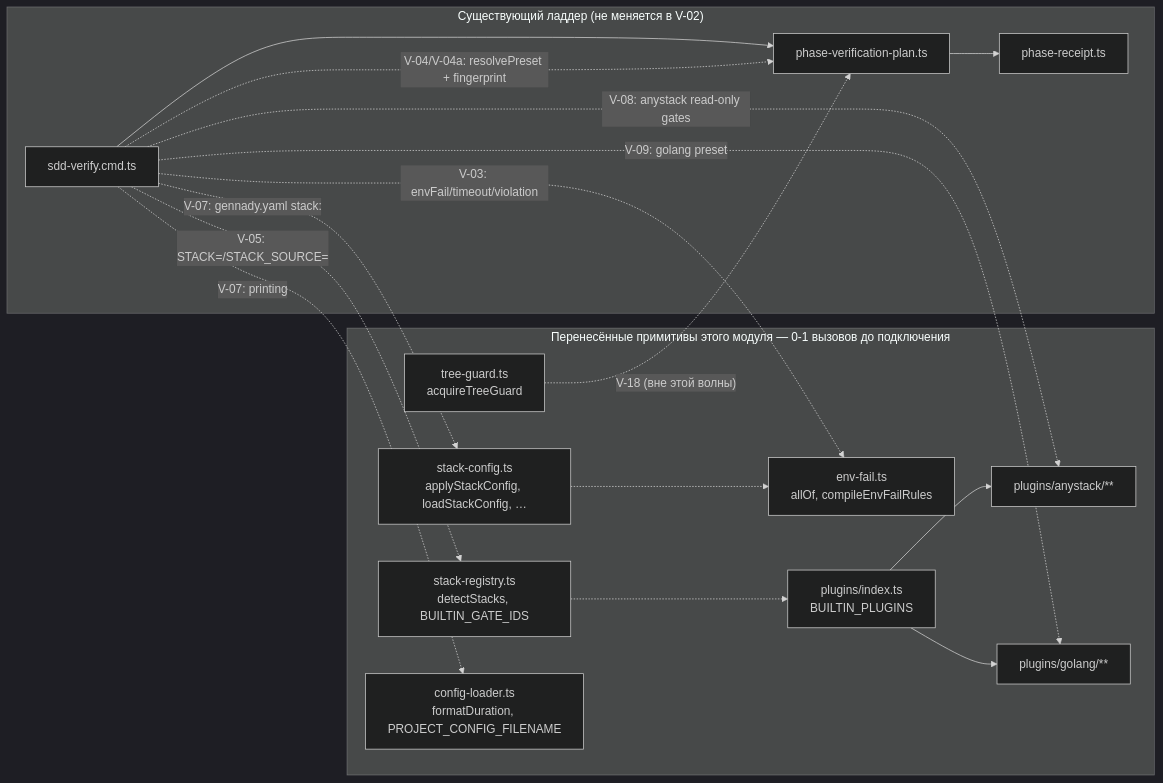
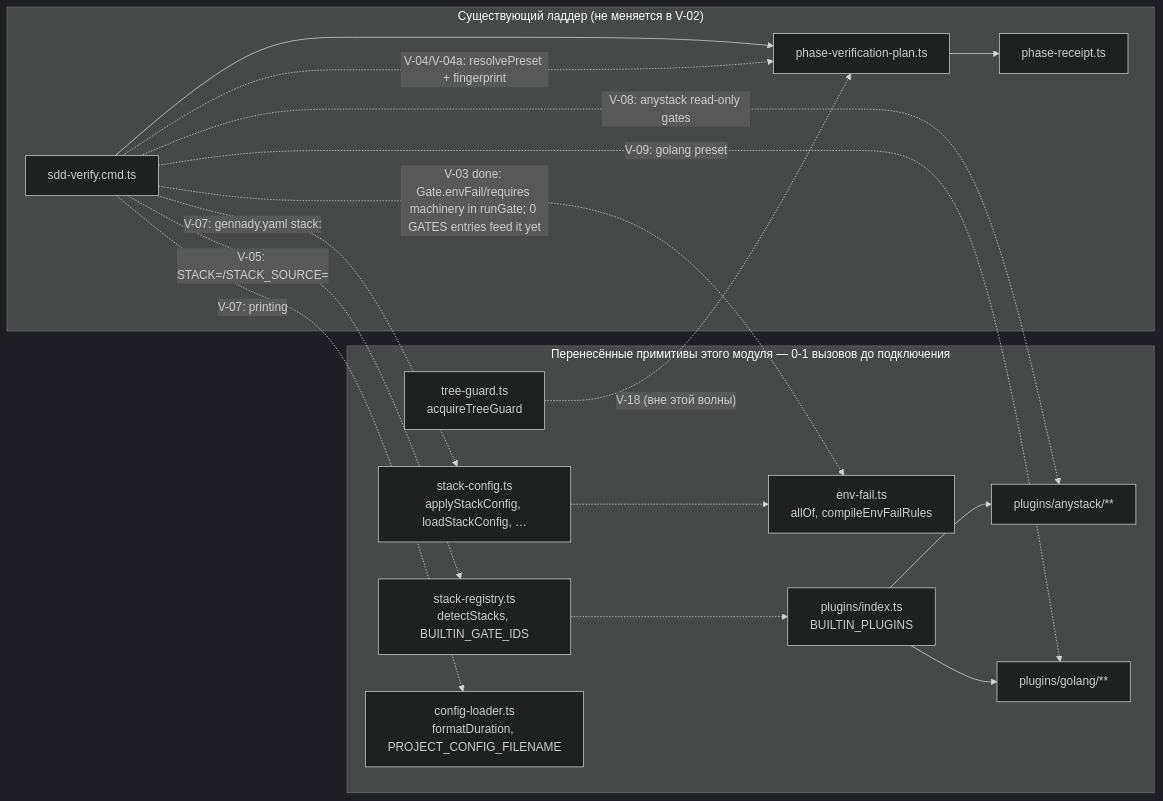
The first of 2 diagrams in specs/cli/verify/verify.spec.md (RubaXa/gennady), drawn with Mermaid (dark theme) before and after one commit. The commit also changed other lines of this file and 3 other files, not shown here.

````diff
--- a/specs/cli/verify/verify.spec.md
+++ b/specs/cli/verify/verify.spec.md
@@ -24,32 +24,32 @@
 ```mermaid
 flowchart LR
   subgraph existing["Существующий ладдер (не меняется в V-02)"]
     CMD["sdd-verify.cmd.ts"] --> PLAN["phase-verification-plan.ts"]
     PLAN --> RCPT["phase-receipt.ts"]
   end
 
   subgraph ported["Перенесённые примитивы этого модуля — 0-1 вызовов до подключения"]
     REG["stack-registry.ts\ndetectStacks, BUILTIN_GATE_IDS"]
     CFG["stack-config.ts\napplyStackConfig, loadStackConfig, …"]
     ENVF["env-fail.ts\nallOf, compileEnvFailRules"]
     TG["tree-guard.ts\nacquireTreeGuard"]
     LOADER["config-loader.ts\nformatDuration, PROJECT_CONFIG_FILENAME"]
     PLUGINS["plugins/index.ts\nBUILTIN_PLUGINS"]
     ANY["plugins/anystack/**"]
     GO["plugins/golang/**"]
   end
 
   PLUGINS --> ANY
   PLUGINS --> GO
   CFG -.-> ENVF
   REG -.-> PLUGINS
 
-  CMD -. "V-03: envFail/timeout/violation" .-> ENVF
+  CMD -. "V-03 done: Gate.envFail/requires machinery in runGate; 0 GATES entries feed it yet" .-> ENVF
   CMD -. "V-04/V-04a: resolvePreset + fingerprint" .-> PLAN
   CMD -. "V-05: STACK=/STACK_SOURCE=" .-> REG
   CMD -. "V-07: gennady.yaml stack:" .-> CFG
   CMD -. "V-07: printing" .-> LOADER
   CMD -. "V-08: anystack read-only gates" .-> ANY
   CMD -. "V-09: golang preset" .-> GO
   TG -. "V-18 (вне этой волны)" .-> PLAN
 ```
````
